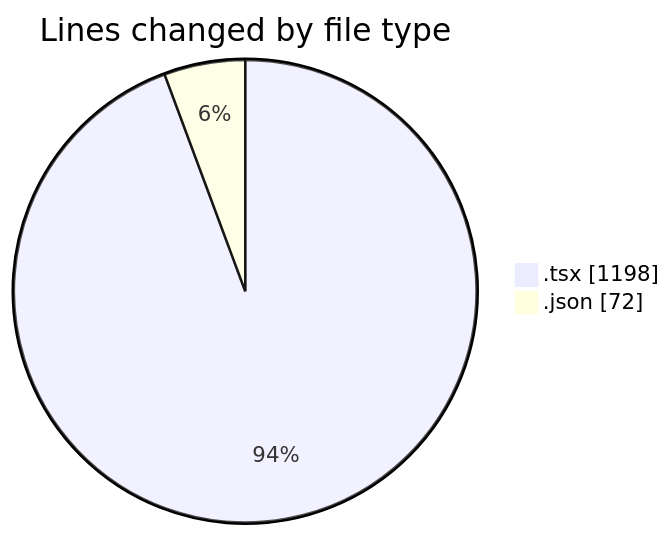
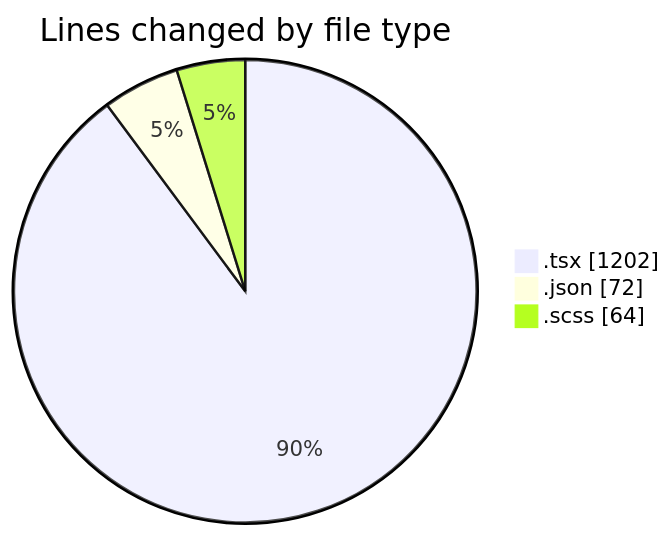
The first of 2 diagrams in 2026-11-11/cda/README.md (momahboobian/code-tracking), drawn with Mermaid before and after one commit. The commit also changed other lines of this file and 1 other file, not shown here.

````diff
--- a/2026-11-11/cda/README.md
+++ b/2026-11-11/cda/README.md
@@ -25,6 +26,7 @@
 ```mermaid
 pie showData
 title Lines changed by file type
-".tsx" : 1198
+".tsx" : 1202
 ".json" : 72
+".scss" : 64
 ```
````
